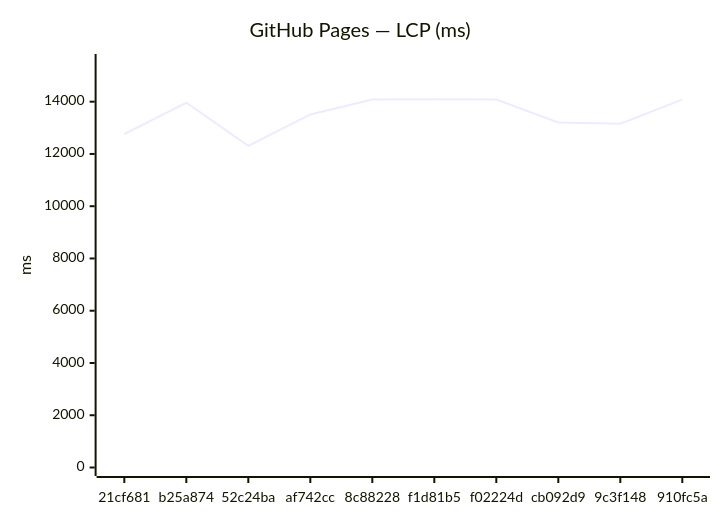
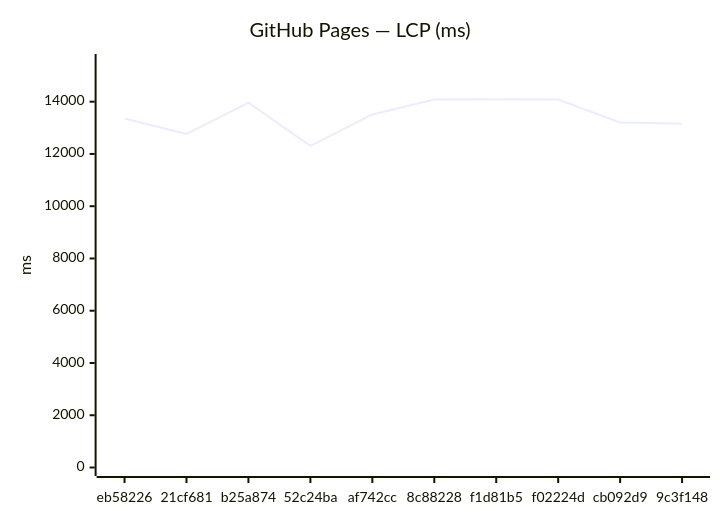
Before and after one commit to Metaheurist/Rianell: the third of 18 diagrams in benchmarks/compare.md, drawn with Mermaid. The commit also changed other lines of this file and 11 other files, not shown here.

````diff
--- a/benchmarks/compare.md
+++ b/benchmarks/compare.md
@@ -54,7 +54,7 @@
 ```mermaid
 xychart-beta
     title "GitHub Pages — LCP (ms)"
-    x-axis ["21cf681", "b25a874", "52c24ba", "af742cc", "8c88228", "f1d81b5", "f02224d", "cb092d9", "9c3f148", "910fc5a"]
+    x-axis ["eb58226", "21cf681", "b25a874", "52c24ba", "af742cc", "8c88228", "f1d81b5", "f02224d", "cb092d9", "9c3f148"]
     y-axis "ms" 0 --> 15500
-    line [12763, 13959, 12313, 13510, 14082, 14090, 14084, 13204, 13156, 14081]
+    line [13354, 12763, 13959, 12313, 13510, 14082, 14090, 14084, 13204, 13156]
 ```
````
